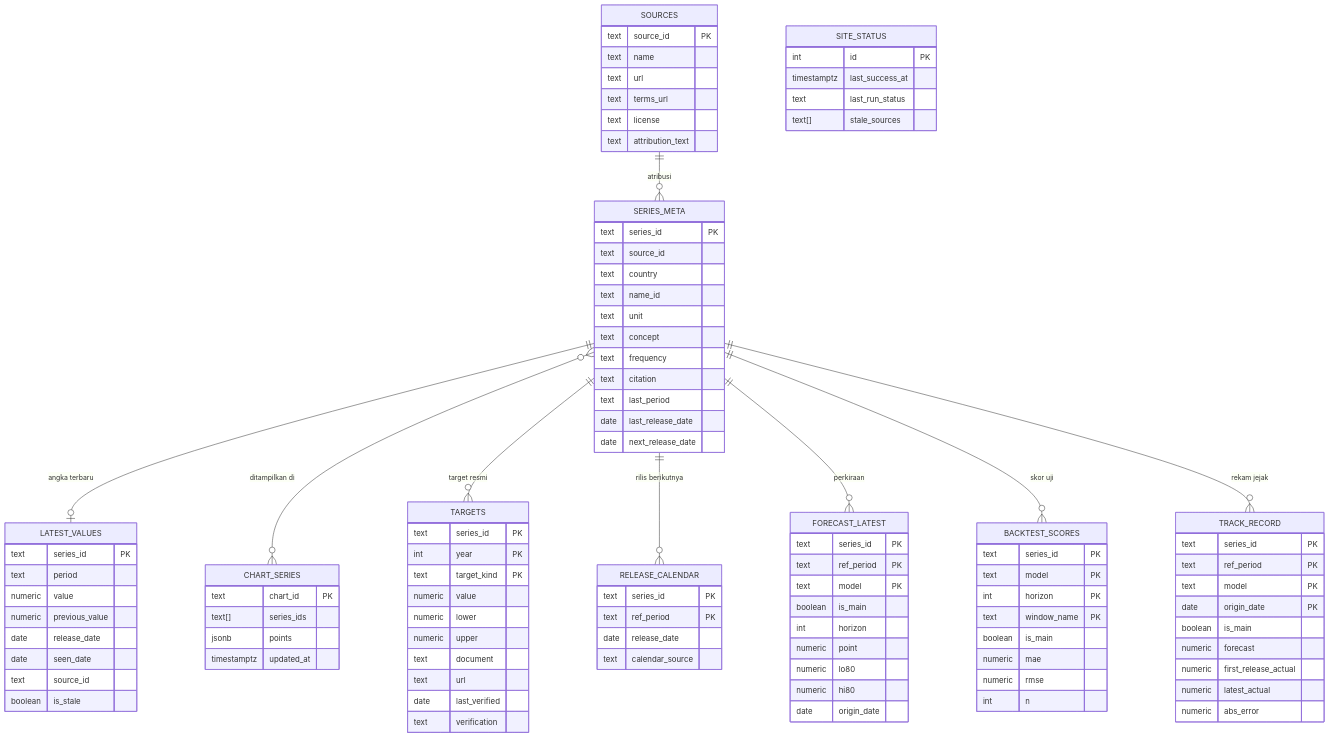
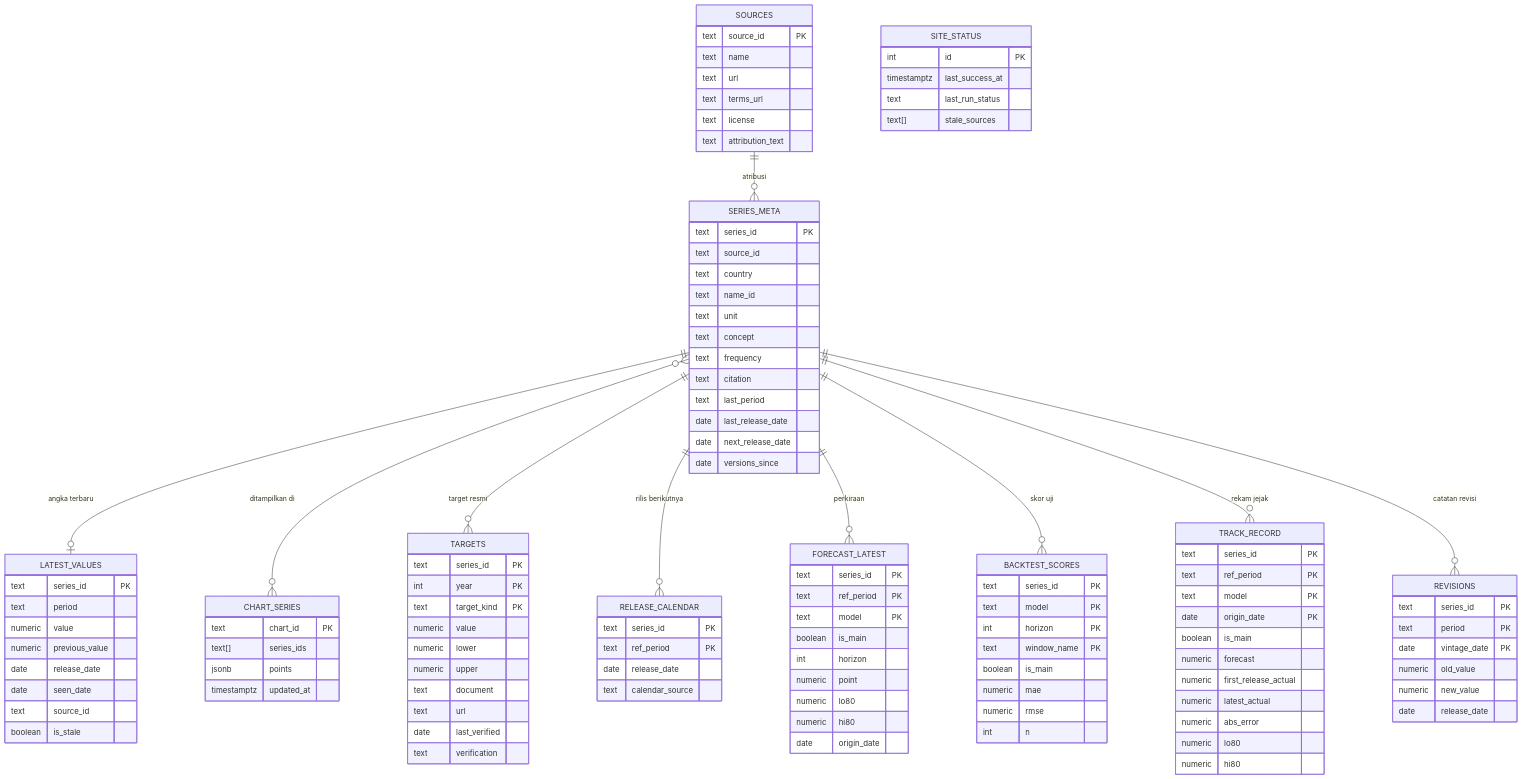
The second of 2 diagrams in SCHEMA.md (YonoBengkel/Con-Fore), drawn with Mermaid before and after one commit. The commit also changed other lines of this file and 14 other files, not shown here.

First line of the commit message:
Isi tanggal rilis, cakupan rentang, dan catatan revisi

```diff
--- a/SCHEMA.md
+++ b/SCHEMA.md
@@ -142,6 +142,7 @@
   SERIES_META ||--o{ FORECAST_LATEST : "perkiraan"
   SERIES_META ||--o{ BACKTEST_SCORES : "skor uji"
   SERIES_META ||--o{ TRACK_RECORD : "rekam jejak"
+  SERIES_META ||--o{ REVISIONS : "catatan revisi"
   SOURCES {
     text source_id PK
     text name
@@ -162,6 +163,7 @@
     text last_period
     date last_release_date
     date next_release_date
+    date versions_since
   }
   LATEST_VALUES {
     text series_id PK
@@ -228,6 +230,16 @@
     numeric first_release_actual
     numeric latest_actual
     numeric abs_error
+    numeric lo80
+    numeric hi80
+  }
+  REVISIONS {
+    text series_id PK
+    text period PK
+    date vintage_date PK
+    numeric old_value
+    numeric new_value
+    date release_date
   }
   SITE_STATUS {
     int id PK
```
